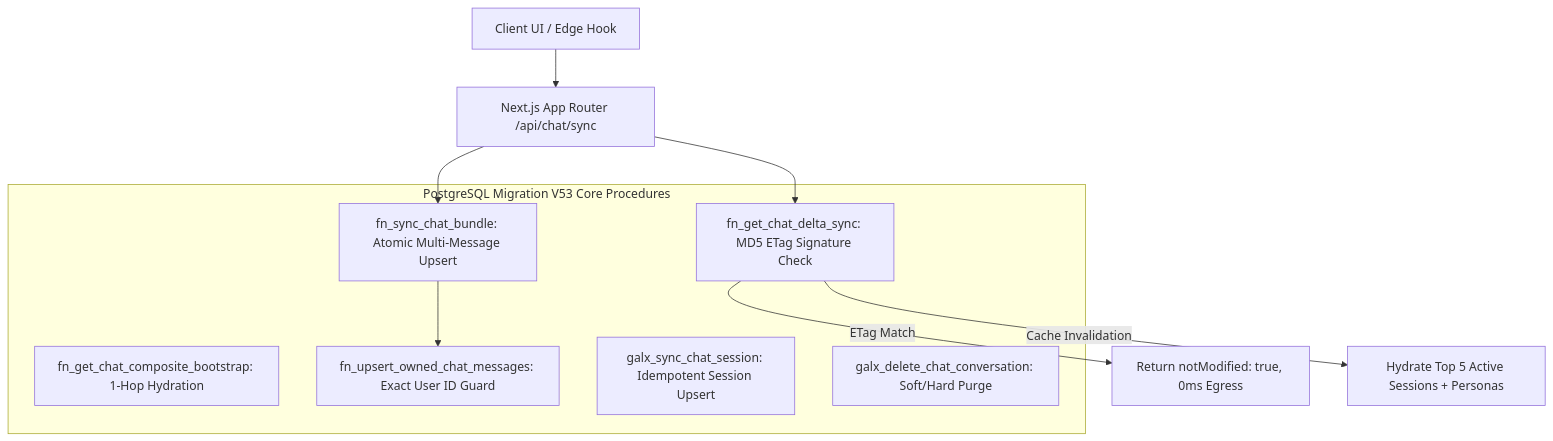
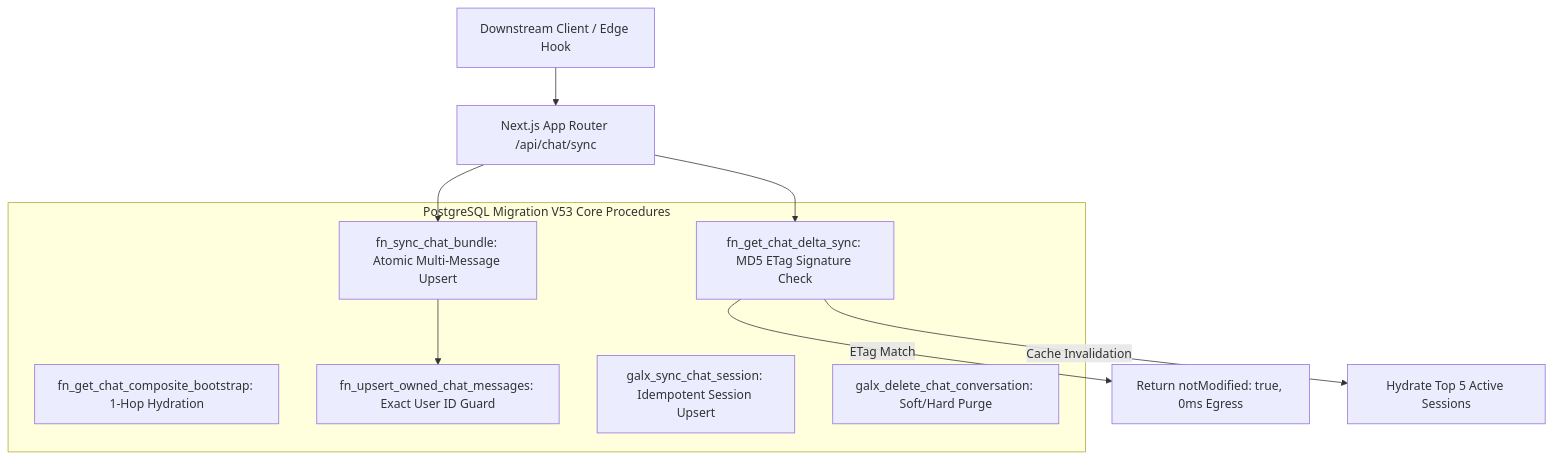
Before and after one commit to CardSorting/GALXAI: the diagram in docs/adr/0072-exact-owner-chat-persistence-and-delta-sync-mesh.md, drawn with Mermaid. The commit also changed other lines of this file and 156 other files, not shown here.

````diff
--- a/docs/adr/0072-exact-owner-chat-persistence-and-delta-sync-mesh.md
+++ b/docs/adr/0072-exact-owner-chat-persistence-and-delta-sync-mesh.md
@@ -35,19 +37,19 @@
 ```mermaid
 flowchart TD
-    Client[Client UI / Edge Hook] --> Router[Next.js App Router /api/chat/sync]
+    Client[Downstream Client / Edge Hook] --> Router[Next.js App Router /api/chat/sync]
     
     subgraph Atomic_Postgres_Procedures [PostgreSQL Migration V53 Core Procedures]
         Bootstrap[fn_get_chat_composite_bootstrap: 1-Hop Hydration]
         DeltaSync[fn_get_chat_delta_sync: MD5 ETag Signature Check]
         Bundle[fn_sync_chat_bundle: Atomic Multi-Message Upsert]
         OwnerUpsert[fn_upsert_owned_chat_messages: Exact User ID Guard]
         SessionSync[galx_sync_chat_session: Idempotent Session Upsert]
         DeleteGuard[galx_delete_chat_conversation: Soft/Hard Purge]
     end
     
     Router --> DeltaSync
     DeltaSync -->|ETag Match| Fast304[Return notModified: true, 0ms Egress]
-    DeltaSync -->|Cache Invalidation| Hydrate[Hydrate Top 5 Active Sessions + Personas]
+    DeltaSync -->|Cache Invalidation| Hydrate[Hydrate Top 5 Active Sessions]
     Router --> Bundle
     Bundle --> OwnerUpsert
 ```
````
